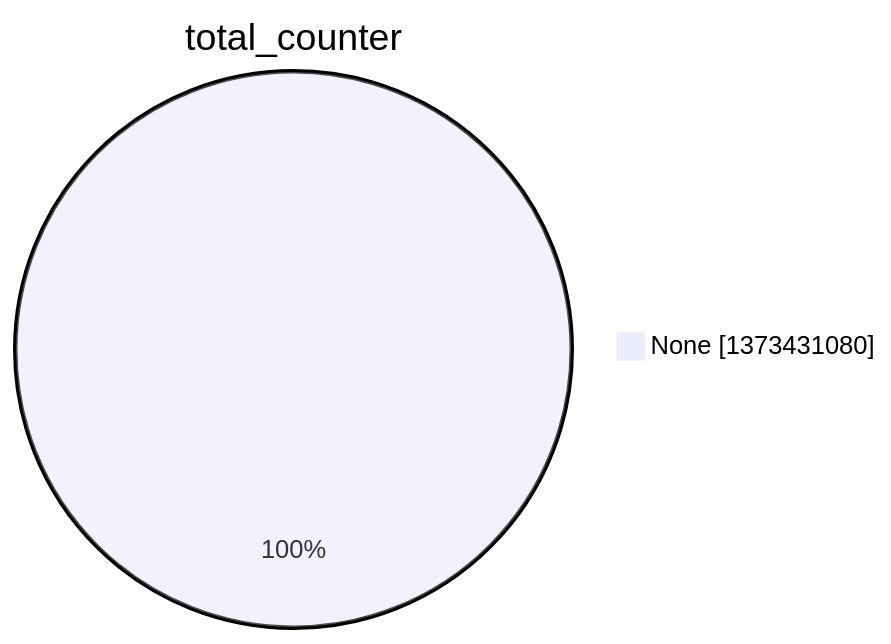
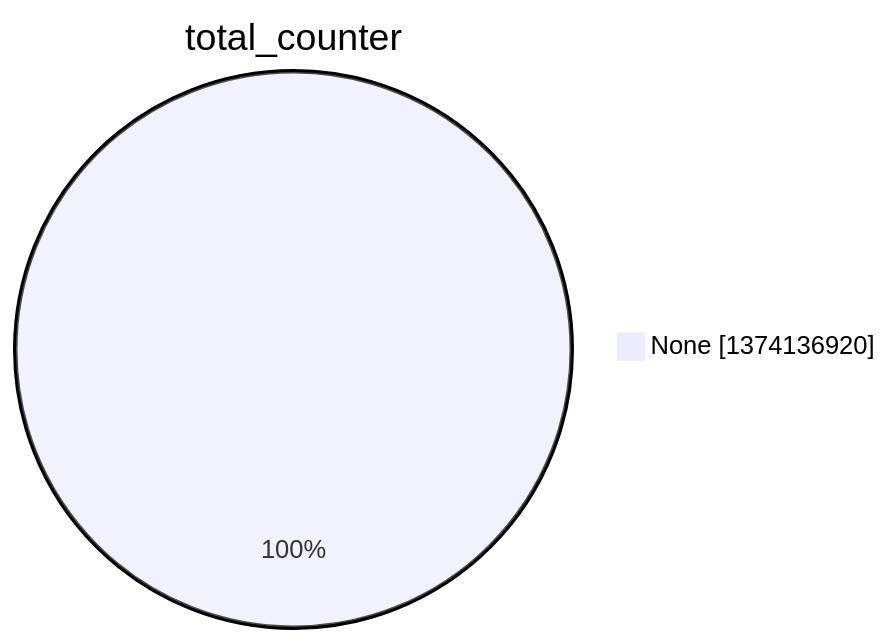
One commit to christiankrug/ctmonitor_visualization changed the second of 15 diagrams in argon2022/README.md. Above: the diagram before and after it, drawn with Mermaid. The commit also changed other lines of this file, not shown here.

````diff
--- a/argon2022/README.md
+++ b/argon2022/README.md
@@ -9,5 +9,5 @@
 ```mermaid
 pie showData
 title total_counter
-"None" :1373431080
+"None" :1374136920
 ```
````
